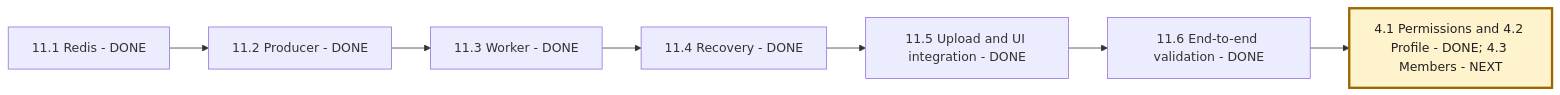
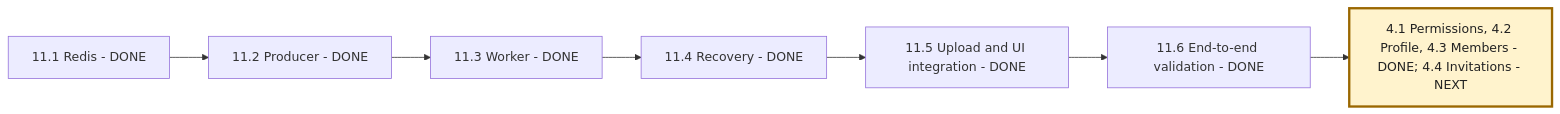
One commit to msdian0007/nexaAi changed the third of 3 diagrams in NEXAAI_ROADMAP.md. Above: the diagram before and after it, drawn with Mermaid. The commit also changed other lines of this file and 9 other files, not shown here.

````diff
--- a/NEXAAI_ROADMAP.md
+++ b/NEXAAI_ROADMAP.md
@@ -252,10 +253,10 @@
 ```mermaid
 flowchart LR
     A[11.1 Redis - DONE] --> B[11.2 Producer - DONE]
     B --> C[11.3 Worker - DONE]
     C --> D[11.4 Recovery - DONE]
     D --> E[11.5 Upload and UI integration - DONE]
     E --> F[11.6 End-to-end validation - DONE]
-    F --> G[4.1 Permissions and 4.2 Profile - DONE; 4.3 Members - NEXT]
+    F --> G[4.1 Permissions, 4.2 Profile, 4.3 Members - DONE; 4.4 Invitations - NEXT]
     style G fill:#fff3cd,stroke:#9a6700,stroke-width:3px,color:#222
 ```
````
